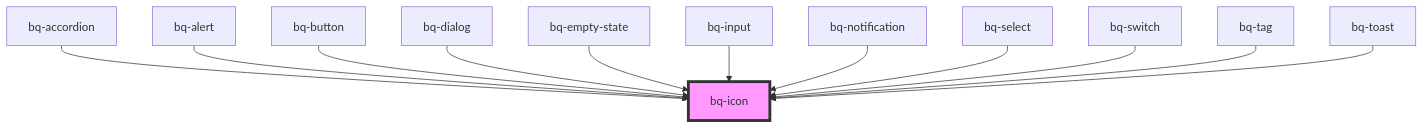
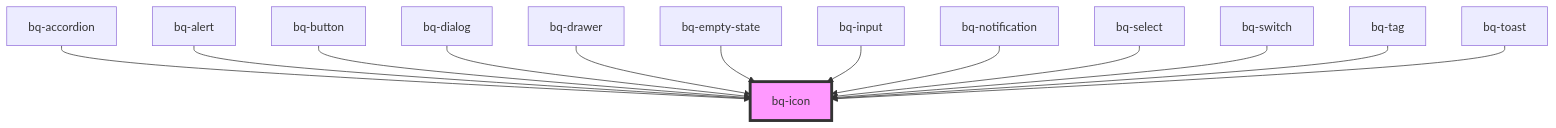
One commit to Endava/BEEQ changed the diagram in packages/beeq/src/components/icon/readme.md. Above: the diagram before and after it, drawn with Mermaid. The commit also changed other lines of this file and 8 other files, not shown here.

````diff
--- a/packages/beeq/src/components/icon/readme.md
+++ b/packages/beeq/src/components/icon/readme.md
@@ -54,15 +55,16 @@
 ```mermaid
 graph TD;
   bq-accordion --> bq-icon
   bq-alert --> bq-icon
   bq-button --> bq-icon
   bq-dialog --> bq-icon
+  bq-drawer --> bq-icon
   bq-empty-state --> bq-icon
   bq-input --> bq-icon
   bq-notification --> bq-icon
   bq-select --> bq-icon
   bq-switch --> bq-icon
   bq-tag --> bq-icon
   bq-toast --> bq-icon
   style bq-icon fill:#f9f,stroke:#333,stroke-width:4px
 ```
````
